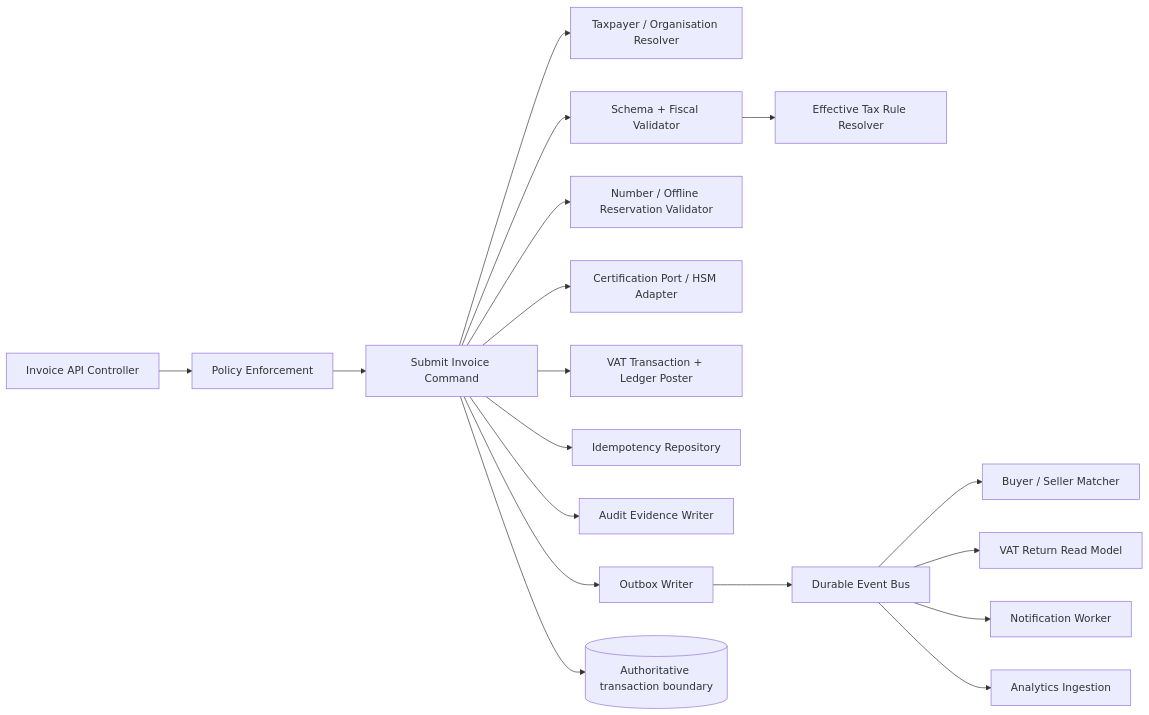
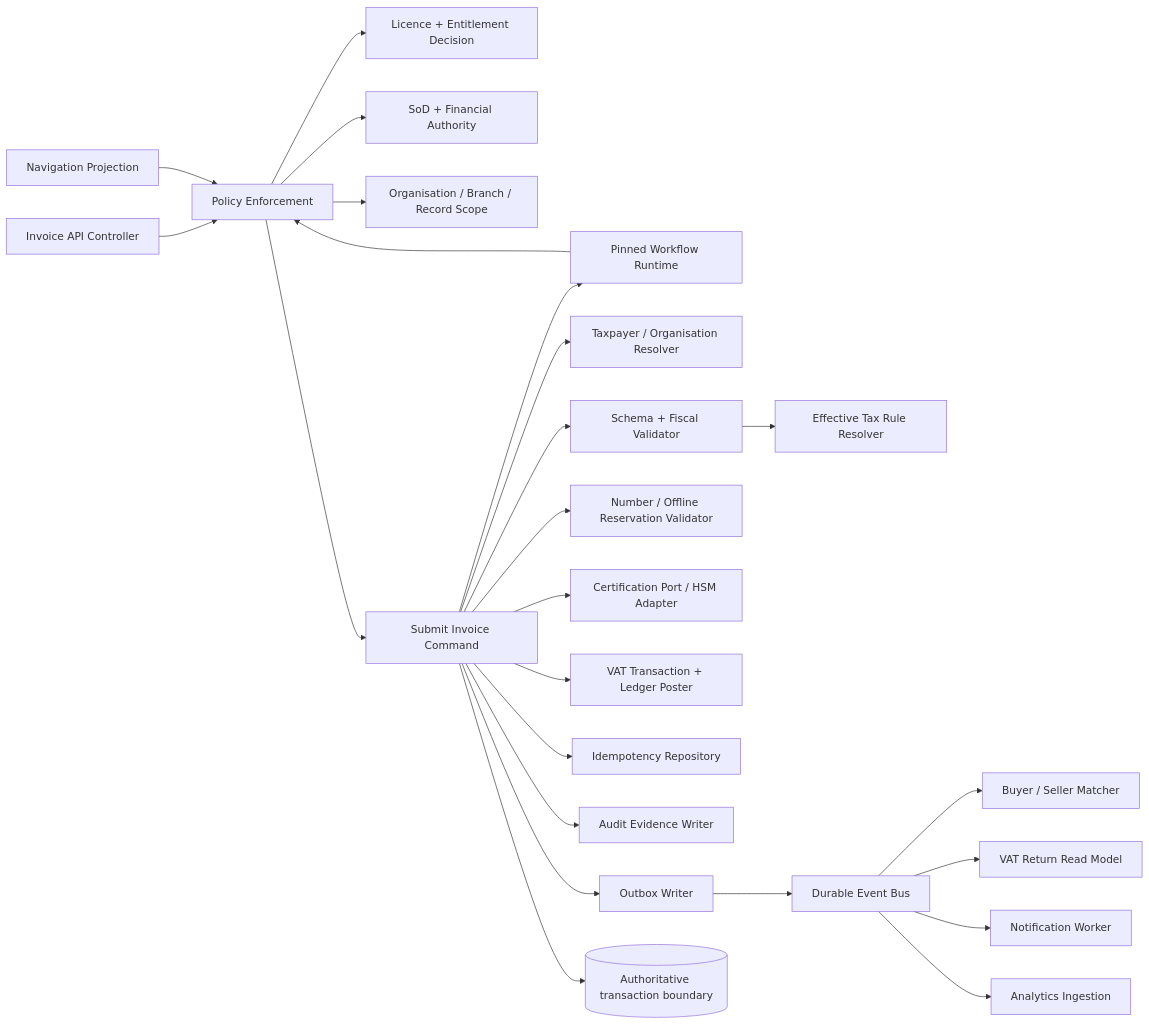
The diagram in 08-enterprise-architecture/diagrams/c4-level-3-fiscal-components.mmd (pigeonpreception-coder/VAT---MSA), drawn with Mermaid before and after one commit. The commit also changed 40 other files, not shown here.

Commit message:
docs: extend workspace licensing and workflow architecture

```diff
--- a/08-enterprise-architecture/diagrams/c4-level-3-fiscal-components.mmd
+++ b/08-enterprise-architecture/diagrams/c4-level-3-fiscal-components.mmd
@@ -1,18 +1,24 @@
 flowchart LR
   API["Invoice API Controller"] --> AUTH["Policy Enforcement"]
+  AUTH --> ENT["Licence + Entitlement Decision"]
+  AUTH --> SOD["SoD + Financial Authority"]
+  AUTH --> ORGSCOPE["Organisation / Branch / Record Scope"]
+  NAV["Navigation Projection"] --> AUTH
+  WF["Pinned Workflow Runtime"] --> AUTH
   AUTH --> CMD["Submit Invoice Command"]
   CMD --> RESOLVE["Taxpayer / Organisation Resolver"]
+  CMD --> WF
   CMD --> VALIDATE["Schema + Fiscal Validator"]
   VALIDATE --> RULES["Effective Tax Rule Resolver"]
   CMD --> NUMBER["Number / Offline Reservation Validator"]
   CMD --> CERT["Certification Port / HSM Adapter"]
   CMD --> TX["VAT Transaction + Ledger Poster"]
   CMD --> IDEM["Idempotency Repository"]
   CMD --> AUDIT["Audit Evidence Writer"]
   CMD --> OUTBOX["Outbox Writer"]
   CMD --> DB[("Authoritative transaction boundary")]
   OUTBOX --> BUS["Durable Event Bus"]
   BUS --> MATCH["Buyer / Seller Matcher"]
   BUS --> RETURN["VAT Return Read Model"]
   BUS --> NOTIFY["Notification Worker"]
   BUS --> ANALYTICS["Analytics Ingestion"]
```
